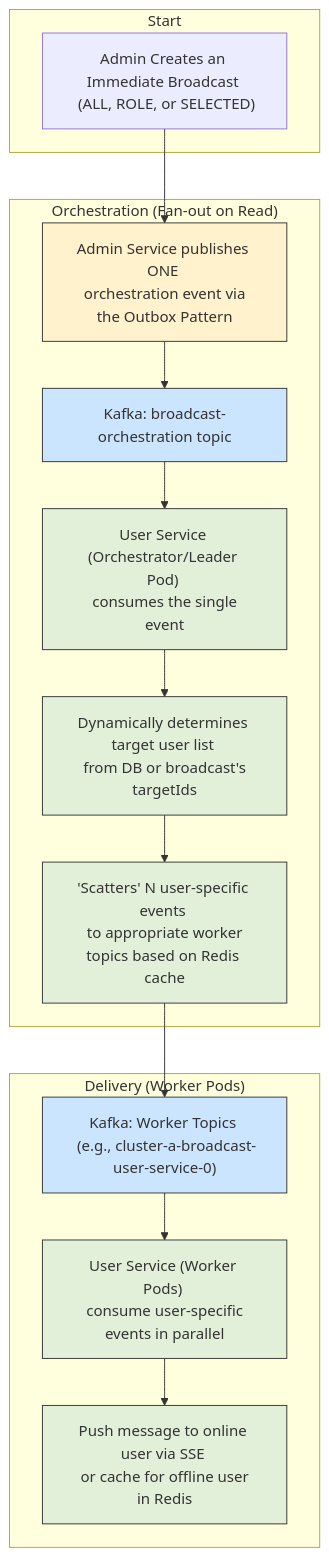
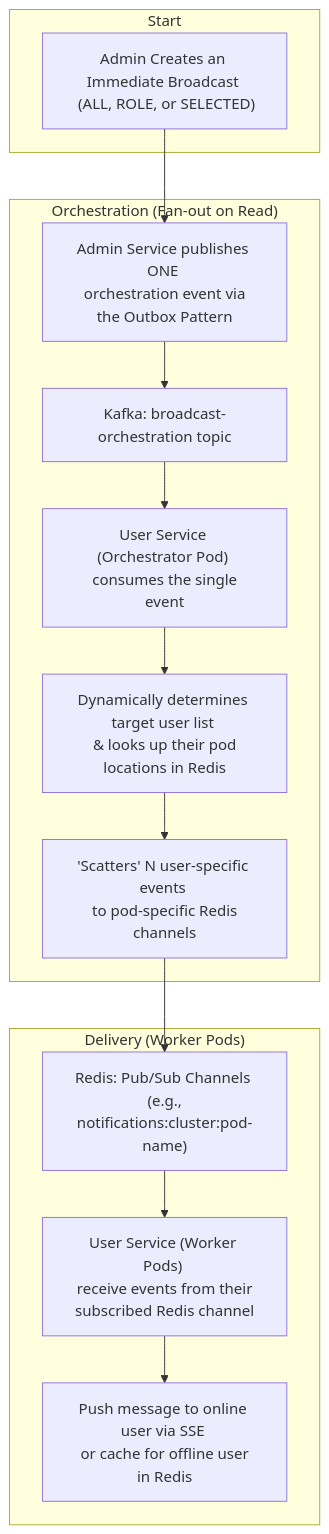
One commit to rsrini7/Notification-SSE-GLM-Flux changed the diagram in MermaidDiagrams/graph-immediate-broadcast.mmd. Above: the diagram before and after it, drawn with Mermaid. The commit also changed 16 other files, not shown here.

First line of the commit message:
refactor(diagrams): update architecture diagrams to reflect Redis Pub/Sub changes

```diff
--- a/MermaidDiagrams/graph-immediate-broadcast.mmd
+++ b/MermaidDiagrams/graph-immediate-broadcast.mmd
@@ -1,28 +1,18 @@
 graph TD
     subgraph "Start"
         A["Admin Creates an Immediate Broadcast <br/> (ALL, ROLE, or SELECTED)"]
     end
 
     A --> C[Admin Service publishes ONE <br/> orchestration event via the Outbox Pattern];
-
     subgraph "Orchestration (Fan-out on Read)"
         C --> D[Kafka: broadcast-orchestration topic];
-        D --> E["User Service (Orchestrator/Leader Pod) <br/> consumes the single event"];
-        E --> F["Dynamically determines target user list <br/> from DB or broadcast's targetIds"];
-        F --> G["'Scatters' N user-specific events <br/> to appropriate worker topics based on Redis cache"];
+        D --> E["User Service (Orchestrator Pod) <br/> consumes the single event"];
+        E --> F["Dynamically determines target user list <br/> & looks up their pod locations in Redis"];
+        F --> G["'Scatters' N user-specific events <br/> to pod-specific Redis channels"];
     end
     
     subgraph "Delivery (Worker Pods)"
-        G --> J["Kafka: Worker Topics <br/> (e.g., cluster-a-broadcast-user-service-0)"];
-        J --> K["User Service (Worker Pods) <br/> consume user-specific events in parallel"];
+        G --> J["Redis: Pub/Sub Channels <br/> (e.g., notifications:cluster:pod-name)"];
+        J --> K["User Service (Worker Pods) <br/> receive events from their subscribed Redis channel"];
         K --> L[Push message to online user via SSE <br/> or cache for offline user in Redis];
     end
-
-    %% Styles
-    classDef admin fill:#fff2cc,stroke:#333;
-    classDef user fill:#e2f0d9,stroke:#333;
-    classDef kafka fill:#cce5ff,stroke:#333;
-
-    class C admin;
-    class E,F,G,K,L user;
-    class D,J kafka;
```
